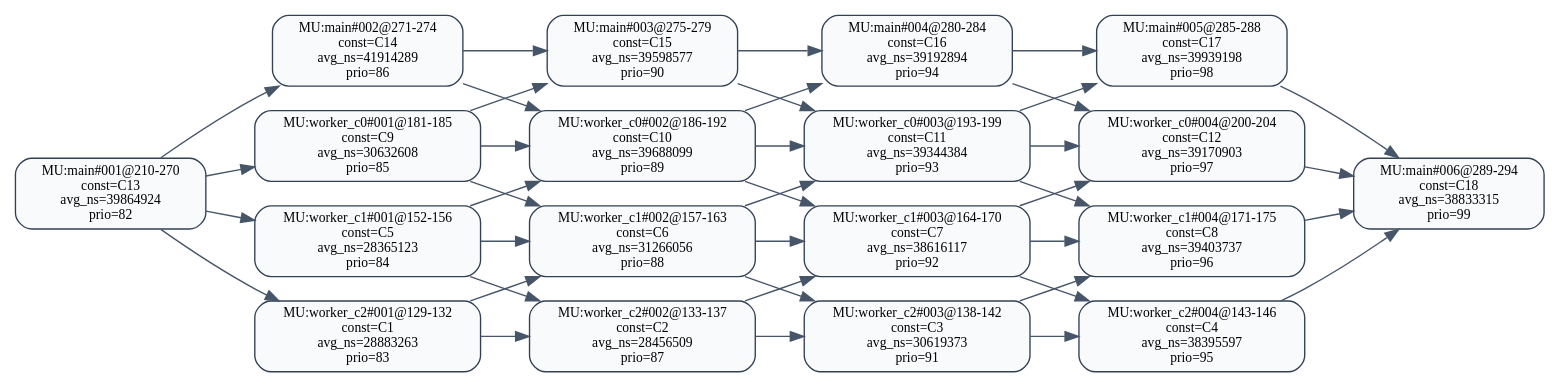
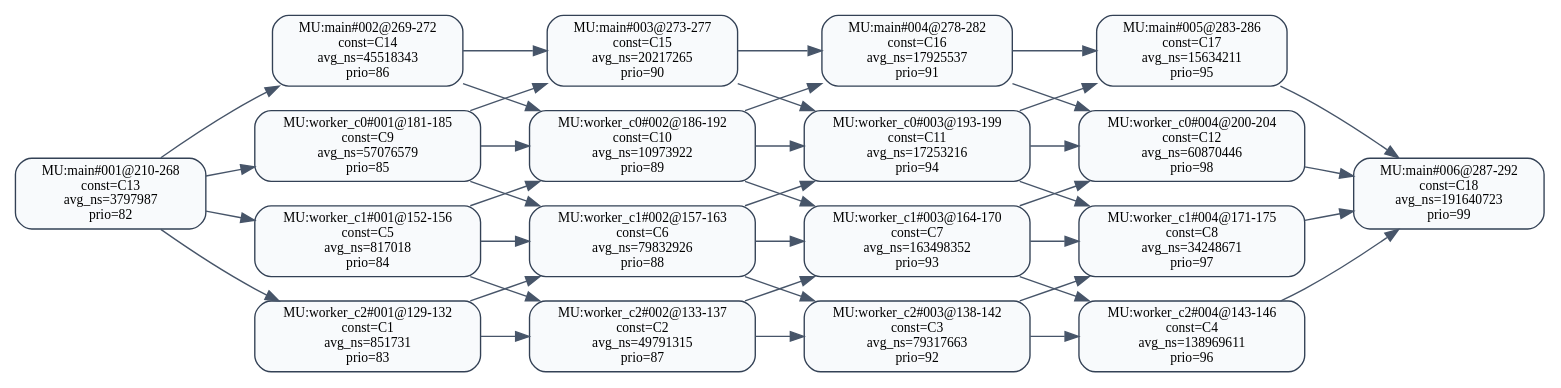
One commit to RTS-SYSU/DAG-Gen changed the diagram in 中间结果/zhang3/pipeline/validation/level2/effective_line_merge/t_level/dag_seg_annotated.dot. Above: the diagram before and after it, drawn with Graphviz. The commit also changed 1980 other files, not shown here.

```diff
--- a/中间结果/zhang3/pipeline/validation/level2/effective_line_merge/t_level/dag_seg_annotated.dot
+++ b/中间结果/zhang3/pipeline/validation/level2/effective_line_merge/t_level/dag_seg_annotated.dot
@@ -1,61 +1,61 @@
 digraph dag_seg_annotated {
   rankdir=LR;
   node [shape=box, style="rounded,filled", fillcolor="#F8FAFC", color="#334155", fontsize=10];
   edge [color="#475569"];
-  "MU:main#001@210-270" [label="MU:main#001@210-270\nconst=C13\navg_ns=39864924\nprio=82"];
-  "MU:main#002@271-274" [label="MU:main#002@271-274\nconst=C14\navg_ns=41914289\nprio=86"];
-  "MU:main#003@275-279" [label="MU:main#003@275-279\nconst=C15\navg_ns=39598577\nprio=90"];
-  "MU:main#004@280-284" [label="MU:main#004@280-284\nconst=C16\navg_ns=39192894\nprio=94"];
-  "MU:main#005@285-288" [label="MU:main#005@285-288\nconst=C17\navg_ns=39939198\nprio=98"];
-  "MU:main#006@289-294" [label="MU:main#006@289-294\nconst=C18\navg_ns=38833315\nprio=99"];
-  "MU:worker_c0#001@181-185" [label="MU:worker_c0#001@181-185\nconst=C9\navg_ns=30632608\nprio=85"];
-  "MU:worker_c0#002@186-192" [label="MU:worker_c0#002@186-192\nconst=C10\navg_ns=39688099\nprio=89"];
-  "MU:worker_c0#003@193-199" [label="MU:worker_c0#003@193-199\nconst=C11\navg_ns=39344384\nprio=93"];
-  "MU:worker_c0#004@200-204" [label="MU:worker_c0#004@200-204\nconst=C12\navg_ns=39170903\nprio=97"];
-  "MU:worker_c1#001@152-156" [label="MU:worker_c1#001@152-156\nconst=C5\navg_ns=28365123\nprio=84"];
-  "MU:worker_c1#002@157-163" [label="MU:worker_c1#002@157-163\nconst=C6\navg_ns=31266056\nprio=88"];
-  "MU:worker_c1#003@164-170" [label="MU:worker_c1#003@164-170\nconst=C7\navg_ns=38616117\nprio=92"];
-  "MU:worker_c1#004@171-175" [label="MU:worker_c1#004@171-175\nconst=C8\navg_ns=39403737\nprio=96"];
-  "MU:worker_c2#001@129-132" [label="MU:worker_c2#001@129-132\nconst=C1\navg_ns=28883263\nprio=83"];
-  "MU:worker_c2#002@133-137" [label="MU:worker_c2#002@133-137\nconst=C2\navg_ns=28456509\nprio=87"];
-  "MU:worker_c2#003@138-142" [label="MU:worker_c2#003@138-142\nconst=C3\navg_ns=30619373\nprio=91"];
-  "MU:worker_c2#004@143-146" [label="MU:worker_c2#004@143-146\nconst=C4\navg_ns=38395597\nprio=95"];
+  "MU:main#001@210-268" [label="MU:main#001@210-268\nconst=C13\navg_ns=3797987\nprio=82"];
+  "MU:main#002@269-272" [label="MU:main#002@269-272\nconst=C14\navg_ns=45518343\nprio=86"];
+  "MU:main#003@273-277" [label="MU:main#003@273-277\nconst=C15\navg_ns=20217265\nprio=90"];
+  "MU:main#004@278-282" [label="MU:main#004@278-282\nconst=C16\navg_ns=17925537\nprio=91"];
+  "MU:main#005@283-286" [label="MU:main#005@283-286\nconst=C17\navg_ns=15634211\nprio=95"];
+  "MU:main#006@287-292" [label="MU:main#006@287-292\nconst=C18\navg_ns=191640723\nprio=99"];
+  "MU:worker_c0#001@181-185" [label="MU:worker_c0#001@181-185\nconst=C9\navg_ns=57076579\nprio=85"];
+  "MU:worker_c0#002@186-192" [label="MU:worker_c0#002@186-192\nconst=C10\navg_ns=10973922\nprio=89"];
+  "MU:worker_c0#003@193-199" [label="MU:worker_c0#003@193-199\nconst=C11\navg_ns=17253216\nprio=94"];
+  "MU:worker_c0#004@200-204" [label="MU:worker_c0#004@200-204\nconst=C12\navg_ns=60870446\nprio=98"];
+  "MU:worker_c1#001@152-156" [label="MU:worker_c1#001@152-156\nconst=C5\navg_ns=817018\nprio=84"];
+  "MU:worker_c1#002@157-163" [label="MU:worker_c1#002@157-163\nconst=C6\navg_ns=79832926\nprio=88"];
+  "MU:worker_c1#003@164-170" [label="MU:worker_c1#003@164-170\nconst=C7\navg_ns=163498352\nprio=93"];
+  "MU:worker_c1#004@171-175" [label="MU:worker_c1#004@171-175\nconst=C8\navg_ns=34248671\nprio=97"];
+  "MU:worker_c2#001@129-132" [label="MU:worker_c2#001@129-132\nconst=C1\navg_ns=851731\nprio=83"];
+  "MU:worker_c2#002@133-137" [label="MU:worker_c2#002@133-137\nconst=C2\navg_ns=49791315\nprio=87"];
+  "MU:worker_c2#003@138-142" [label="MU:worker_c2#003@138-142\nconst=C3\navg_ns=79317663\nprio=92"];
+  "MU:worker_c2#004@143-146" [label="MU:worker_c2#004@143-146\nconst=C4\navg_ns=138969611\nprio=96"];
   "MU:worker_c2#001@129-132" -> "MU:worker_c2#002@133-137";
   "MU:worker_c2#002@133-137" -> "MU:worker_c2#003@138-142";
   "MU:worker_c2#003@138-142" -> "MU:worker_c2#004@143-146";
   "MU:worker_c1#001@152-156" -> "MU:worker_c1#002@157-163";
   "MU:worker_c1#002@157-163" -> "MU:worker_c1#003@164-170";
   "MU:worker_c1#003@164-170" -> "MU:worker_c1#004@171-175";
   "MU:worker_c0#001@181-185" -> "MU:worker_c0#002@186-192";
   "MU:worker_c0#002@186-192" -> "MU:worker_c0#003@193-199";
   "MU:worker_c0#003@193-199" -> "MU:worker_c0#004@200-204";
-  "MU:main#001@210-270" -> "MU:main#002@271-274";
-  "MU:main#002@271-274" -> "MU:main#003@275-279";
-  "MU:main#003@275-279" -> "MU:main#004@280-284";
-  "MU:main#004@280-284" -> "MU:main#005@285-288";
-  "MU:main#005@285-288" -> "MU:main#006@289-294";
-  "MU:main#001@210-270" -> "MU:worker_c0#001@181-185";
-  "MU:main#001@210-270" -> "MU:worker_c1#001@152-156";
-  "MU:main#001@210-270" -> "MU:worker_c2#001@129-132";
-  "MU:worker_c0#004@200-204" -> "MU:main#006@289-294";
-  "MU:worker_c1#004@171-175" -> "MU:main#006@289-294";
-  "MU:worker_c2#004@143-146" -> "MU:main#006@289-294";
+  "MU:main#001@210-268" -> "MU:main#002@269-272";
+  "MU:main#002@269-272" -> "MU:main#003@273-277";
+  "MU:main#003@273-277" -> "MU:main#004@278-282";
+  "MU:main#004@278-282" -> "MU:main#005@283-286";
+  "MU:main#005@283-286" -> "MU:main#006@287-292";
+  "MU:main#001@210-268" -> "MU:worker_c0#001@181-185";
+  "MU:main#001@210-268" -> "MU:worker_c1#001@152-156";
+  "MU:main#001@210-268" -> "MU:worker_c2#001@129-132";
+  "MU:worker_c0#004@200-204" -> "MU:main#006@287-292";
+  "MU:worker_c1#004@171-175" -> "MU:main#006@287-292";
+  "MU:worker_c2#004@143-146" -> "MU:main#006@287-292";
   "MU:worker_c2#001@129-132" -> "MU:worker_c1#002@157-163";
   "MU:worker_c1#001@152-156" -> "MU:worker_c2#002@133-137";
   "MU:worker_c2#002@133-137" -> "MU:worker_c1#003@164-170";
   "MU:worker_c1#002@157-163" -> "MU:worker_c2#003@138-142";
   "MU:worker_c2#003@138-142" -> "MU:worker_c1#004@171-175";
   "MU:worker_c1#003@164-170" -> "MU:worker_c2#004@143-146";
   "MU:worker_c1#001@152-156" -> "MU:worker_c0#002@186-192";
   "MU:worker_c0#001@181-185" -> "MU:worker_c1#002@157-163";
   "MU:worker_c1#002@157-163" -> "MU:worker_c0#003@193-199";
   "MU:worker_c0#002@186-192" -> "MU:worker_c1#003@164-170";
   "MU:worker_c1#003@164-170" -> "MU:worker_c0#004@200-204";
   "MU:worker_c0#003@193-199" -> "MU:worker_c1#004@171-175";
-  "MU:worker_c0#001@181-185" -> "MU:main#003@275-279";
-  "MU:main#002@271-274" -> "MU:worker_c0#002@186-192";
-  "MU:worker_c0#002@186-192" -> "MU:main#004@280-284";
-  "MU:main#003@275-279" -> "MU:worker_c0#003@193-199";
-  "MU:worker_c0#003@193-199" -> "MU:main#005@285-288";
-  "MU:main#004@280-284" -> "MU:worker_c0#004@200-204";
+  "MU:worker_c0#001@181-185" -> "MU:main#003@273-277";
+  "MU:main#002@269-272" -> "MU:worker_c0#002@186-192";
+  "MU:worker_c0#002@186-192" -> "MU:main#004@278-282";
+  "MU:main#003@273-277" -> "MU:worker_c0#003@193-199";
+  "MU:worker_c0#003@193-199" -> "MU:main#005@283-286";
+  "MU:main#004@278-282" -> "MU:worker_c0#004@200-204";
 }
```
